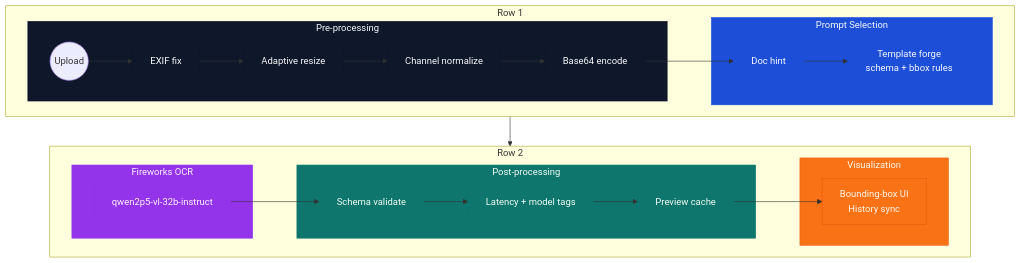
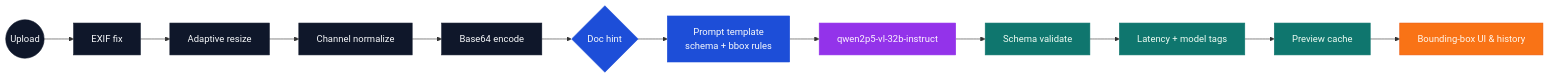
The first of 3 diagrams in README.md (subha-ilamathy/kyc_document_extraction), drawn with Mermaid before and after one commit. The commit also changed other lines of this file, not shown here.

Commit message:
Updated link to demo video

````diff
--- a/README.md
+++ b/README.md
@@ -50,54 +50,28 @@
 ```mermaid
-flowchart TB
-    subgraph RowTop["Row 1"]
-        direction LR
-        subgraph Pre["Pre-processing"]
-            U((Upload))
-            EXIF[EXIF fix]
-            Resize[Adaptive resize]
-            Norm[Channel normalize]
-            Base64[Base64 encode]
-        end
+graph LR
+    U((Upload)) --> EXIF[EXIF fix]
+    EXIF --> Resize[Adaptive resize]
+    Resize --> Norm[Channel normalize]
+    Norm --> Base64[Base64 encode]
 
-        subgraph Prompting["Prompt Selection"]
-            Hint[Doc hint]
-            Template[Template forge<br/>schema + bbox rules]
-        end
-    end
+    Base64 --> Hint{Doc hint}
+    Hint --> Template[Prompt template<br/>schema + bbox rules]
+    Template --> Model[qwen2p5-vl-32b-instruct]
 
-    subgraph RowBottom["Row 2"]
-        direction LR
-        subgraph Inference["Fireworks OCR"]
-            Model[qwen2p5-vl-32b-instruct]
-        end
+    Model --> Validate[Schema validate]
+    Validate --> Metadata[Latency + model tags]
+    Metadata --> Cache[Preview cache]
+    Cache --> Viz[Bounding-box UI & history]
 
-        subgraph Post["Post-processing"]
-            Validate[Schema validate]
-            Metadata[Latency + model tags]
-            Cache[Preview cache]
-        end
-
-        subgraph UI["Visualization"]
-            Viz[Bounding-box UI<br/>History sync]
-        end
-    end
-
-    U --> EXIF --> Resize --> Norm --> Base64
-    Base64 --> Hint
-    Hint --> Template
-    Template --> Model
-    Model --> Validate
-    Validate --> Metadata --> Cache --> Viz
-
-    classDef pre fill:#0f172a,stroke:#0f172a,color:#f8fafc;
+    classDef stage fill:#0f172a,stroke:#0f172a,color:#f8fafc;
     classDef prompt fill:#1d4ed8,stroke:#1d4ed8,color:#f8fafc;
     classDef infer fill:#9333ea,stroke:#9333ea,color:#fdf4ff;
     classDef post fill:#0f766e,stroke:#0f766e,color:#f0fdf4;
     classDef ui fill:#f97316,stroke:#ea580c,color:#fff7ed;
 
-    class Pre,EXIF,Resize,Norm,Base64 pre;
-    class Prompting,Hint,Template prompt;
-    class Inference,Model infer;
-    class Post,Validate,Metadata,Cache post;
-    class UI,Viz ui;
+    class U,EXIF,Resize,Norm,Base64 stage;
+    class Hint,Template prompt;
+    class Model infer;
+    class Validate,Metadata,Cache post;
+    class Viz ui;
 ```
````
